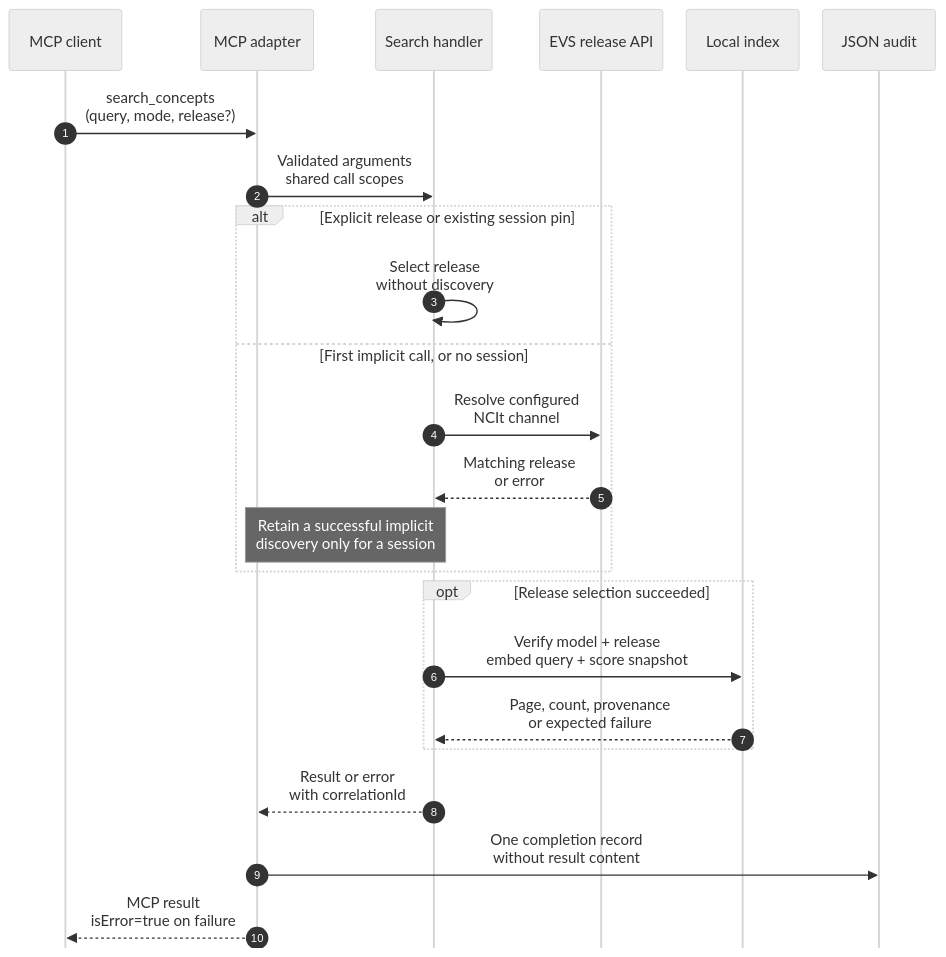
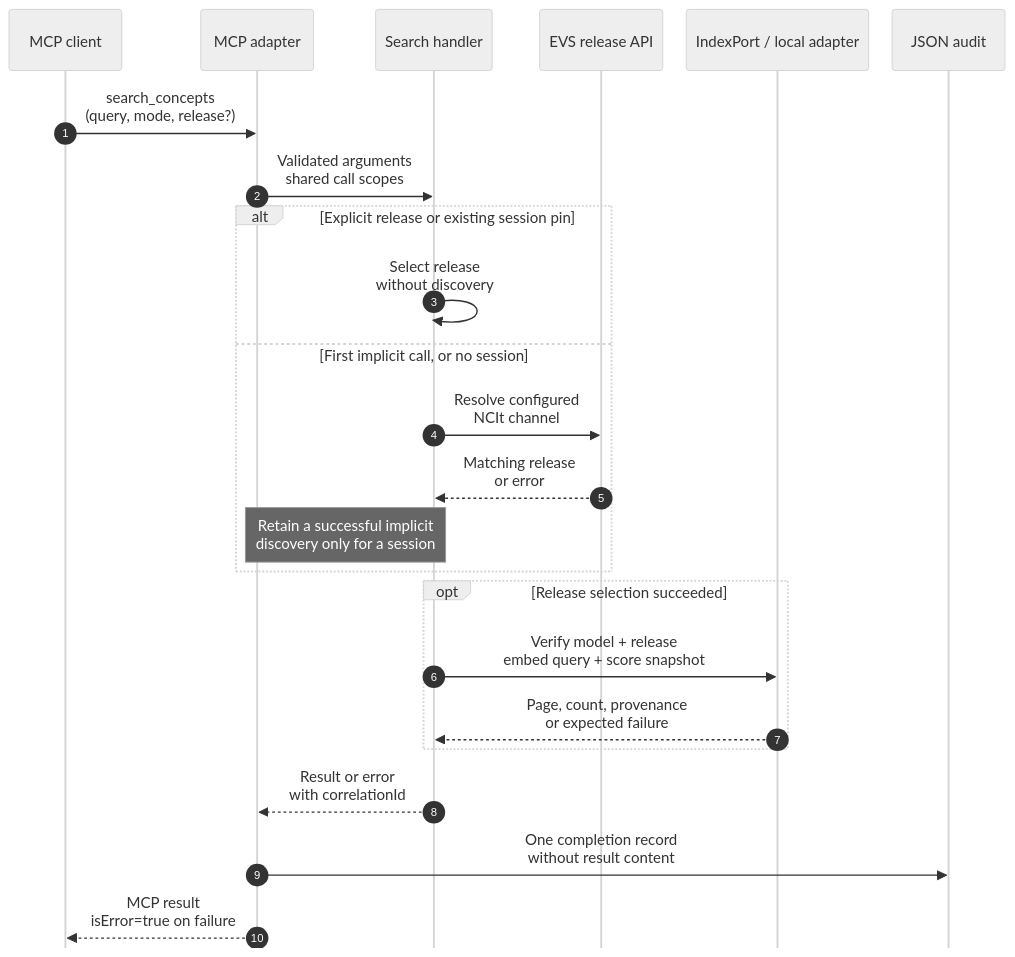
Before and after one commit to CBIIT/nci-si-mcp: the third of 5 diagrams in ARCHITECTURE.md, drawn with Mermaid. The commit also changed other lines of this file and 57 other files, not shown here.

First line of the commit message:
refactor(index): isolate retrieval behind a portable index port

````diff
--- a/ARCHITECTURE.md
+++ b/ARCHITECTURE.md
@@ -171,34 +187,34 @@
 ```mermaid
 ---
 config:
   theme: neutral
   sequence:
     actorMargin: 25
     width: 120
     mirrorActors: false
 ---
 sequenceDiagram
     autonumber
     participant Client as MCP client
     participant Adapter as MCP adapter
     participant Call as Search handler
     participant EVS as EVS release API
-    participant Index as Local index
+    participant Index as IndexPort / local adapter
     participant Audit as JSON audit
     Client->>Adapter: search_concepts<br/>(query, mode, release?)
     Adapter->>Call: Validated arguments<br/>shared call scopes
     alt Explicit release or existing session pin
         Call->>Call: Select release<br/>without discovery
     else First implicit call, or no session
         Call->>EVS: Resolve configured<br/>NCIt channel
         EVS-->>Call: Matching release<br/>or error
         Note over Adapter,Call: Retain a successful implicit<br/>discovery only for a session
     end
     opt Release selection succeeded
         Call->>Index: Verify model + release<br/>embed query + score snapshot
         Index-->>Call: Page, count, provenance<br/>or expected failure
     end
     Call-->>Adapter: Result or error<br/>with correlationId
     Adapter->>Audit: One completion record<br/>without result content
     Adapter-->>Client: MCP result<br/>isError=true on failure
 ```
````
